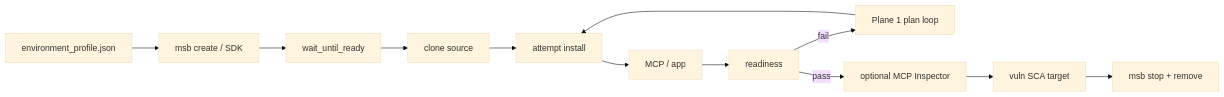
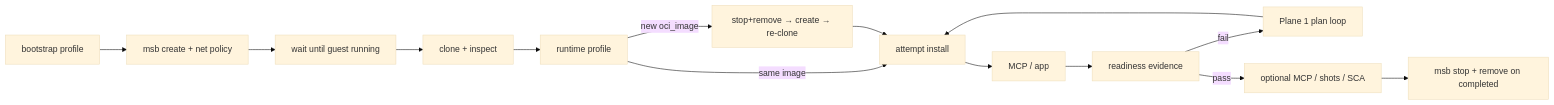
The diagram in IMPLEMENTATION_TEST_VM.md (ludvigodin/killhub), drawn with Mermaid (base theme) before and after one commit. The commit also changed other lines of this file and 10 other files, not shown here.

Commit message:
Update AGENTS.md, API.md, ARCHITECTURE.md, DATABASE.md, and IMPLEMENTATION files

````diff
--- a/IMPLEMENTATION_TEST_VM.md
+++ b/IMPLEMENTATION_TEST_VM.md
@@ -66,14 +71,16 @@
 ```mermaid
 flowchart LR
-  Profile["environment_profile.json"] --> Create["msb create / SDK"]
-  Create --> Ready["wait_until_ready"]
-  Ready --> Clone["clone source"]
-  Clone --> Deps["attempt install"]
+  Boot["bootstrap profile"] --> Create["msb create + net policy"]
+  Create --> GuestUp["wait until guest running"]
+  GuestUp --> Clone["clone + inspect"]
+  Clone --> Runtime["runtime profile"]
+  Runtime -->|same image| Deps["attempt install"]
+  Runtime -->|new oci_image| Replace["stop+remove → create → re-clone"]
+  Replace --> Deps
   Deps --> Launch["MCP / app"]
-  Launch --> Probe["readiness"]
+  Launch --> Probe["readiness evidence"]
   Probe -->|fail| Retry["Plane 1 plan loop"]
   Retry --> Deps
-  Probe -->|pass| Assess["optional MCP Inspector"]
-  Assess --> Scan["vuln SCA target"]
-  Scan --> Destroy["msb stop + remove"]
+  Probe -->|pass| Assess["optional MCP / shots / SCA"]
+  Assess --> Destroy["msb stop + remove on completed"]
 ```
````
